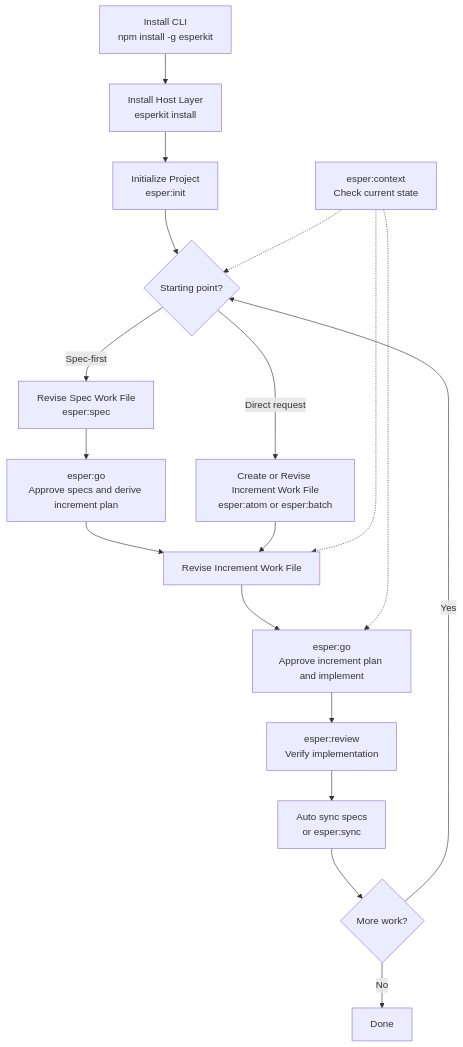
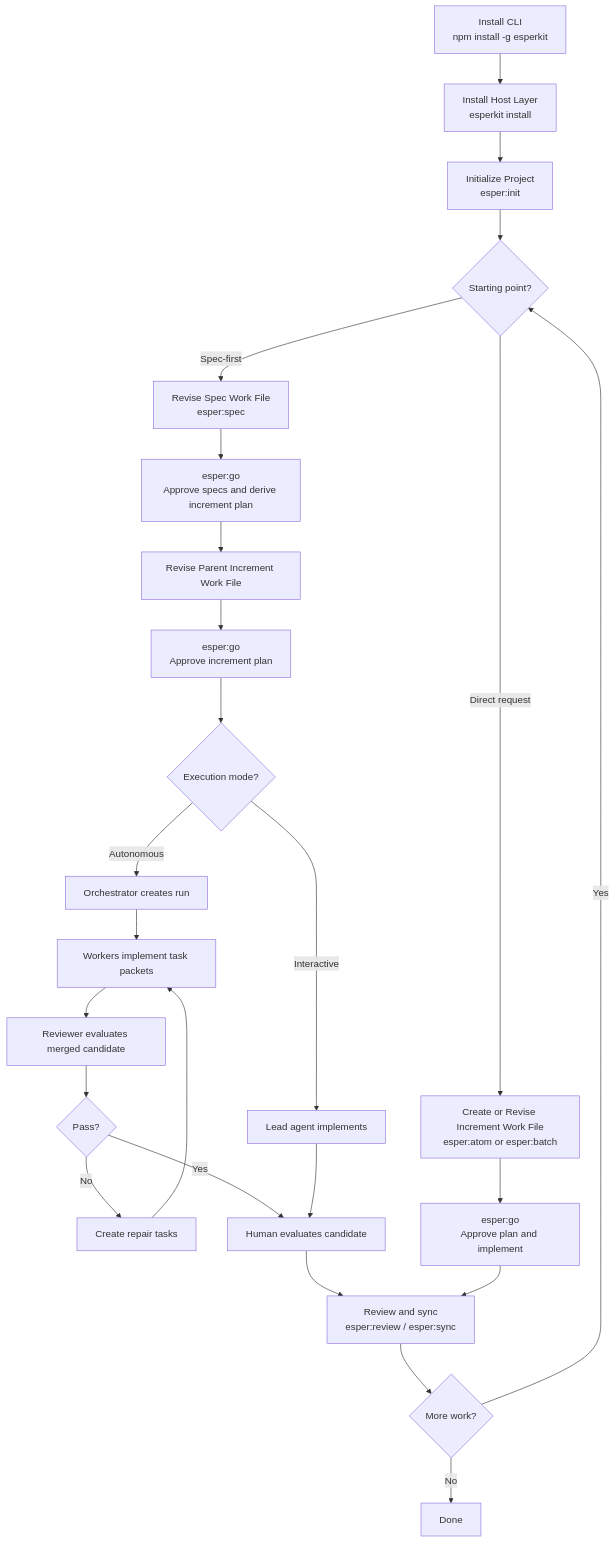
One commit to sichengchen/esper changed the diagram in specs/esperkit-spec.md. Above: the diagram before and after it, drawn with Mermaid. The commit also changed other lines of this file and 23 other files, not shown here.

First line of the commit message:
feat: implement multi-agent execution model

````diff
--- a/specs/esperkit-spec.md
+++ b/specs/esperkit-spec.md
@@ -378,24 +495,30 @@
 ```mermaid
 flowchart TD
     A[Install CLI<br/>npm install -g esperkit] --> B[Install Host Layer<br/>esperkit install]
     B --> C[Initialize Project<br/>esper:init]
     C --> D{Starting point?}
 
     D -->|Spec-first| E[Revise Spec Work File<br/>esper:spec]
     E --> F[esper:go<br/>Approve specs and derive increment plan]
-    F --> G[Revise Increment Work File]
+    F --> G[Revise Parent Increment Work File]
+    G --> H[esper:go<br/>Approve increment plan]
+    H --> I{Execution mode?}
+    I -->|Interactive| J[Lead agent implements]
+    I -->|Autonomous| K[Orchestrator creates run]
+    K --> L[Workers implement task packets]
+    L --> M[Reviewer evaluates merged candidate]
+    M --> N{Pass?}
+    N -->|No| O[Create repair tasks]
+    O --> L
+    N -->|Yes| P[Human evaluates candidate]
+    J --> P
+    P --> Q[Review and sync<br/>esper:review / esper:sync]
 
-    D -->|Direct request| H[Create or Revise Increment Work File<br/>esper:atom or esper:batch]
-    H --> G
+    D -->|Direct request| R[Create or Revise Increment Work File<br/>esper:atom or esper:batch]
+    R --> S[esper:go<br/>Approve plan and implement]
+    S --> Q
 
-    G --> I[esper:go<br/>Approve increment plan and implement]
-    I --> J[esper:review<br/>Verify implementation]
-    J --> K[Auto sync specs<br/>or esper:sync]
-    K --> L{More work?}
-    L -->|Yes| D
-    L -->|No| M[Done]
-
-    N[esper:context<br/>Check current state] -.-> D
-    N -.-> G
-    N -.-> I
+    Q --> T{More work?}
+    T -->|Yes| D
+    T -->|No| U[Done]
 ```
````
